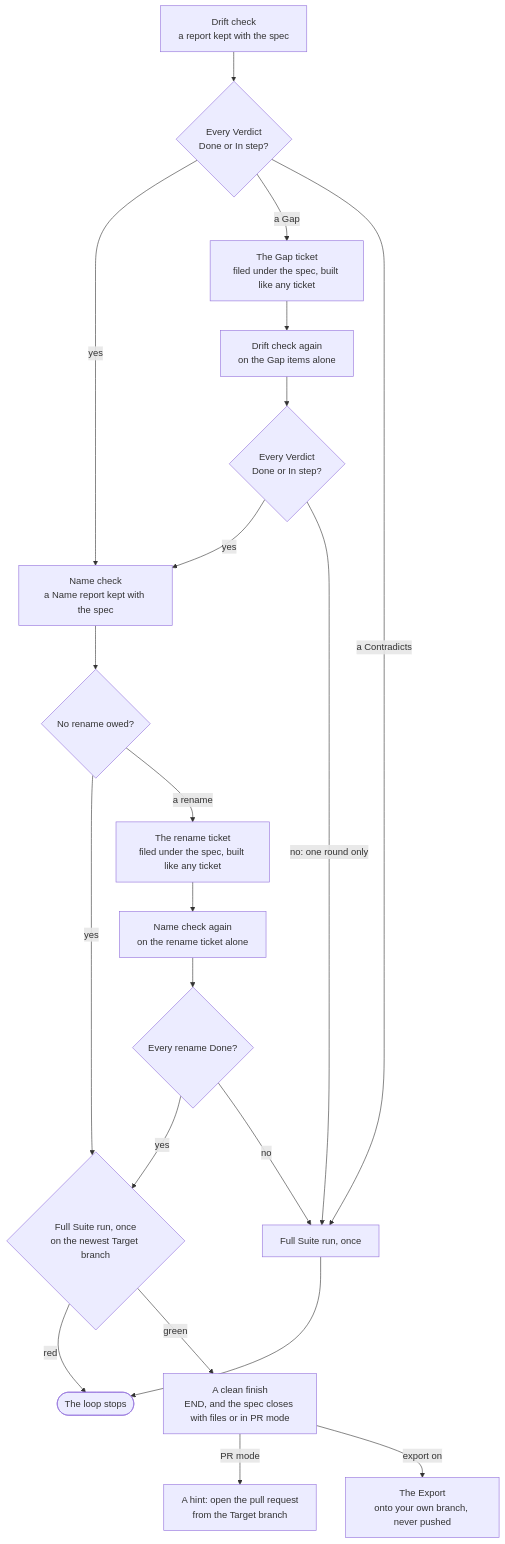
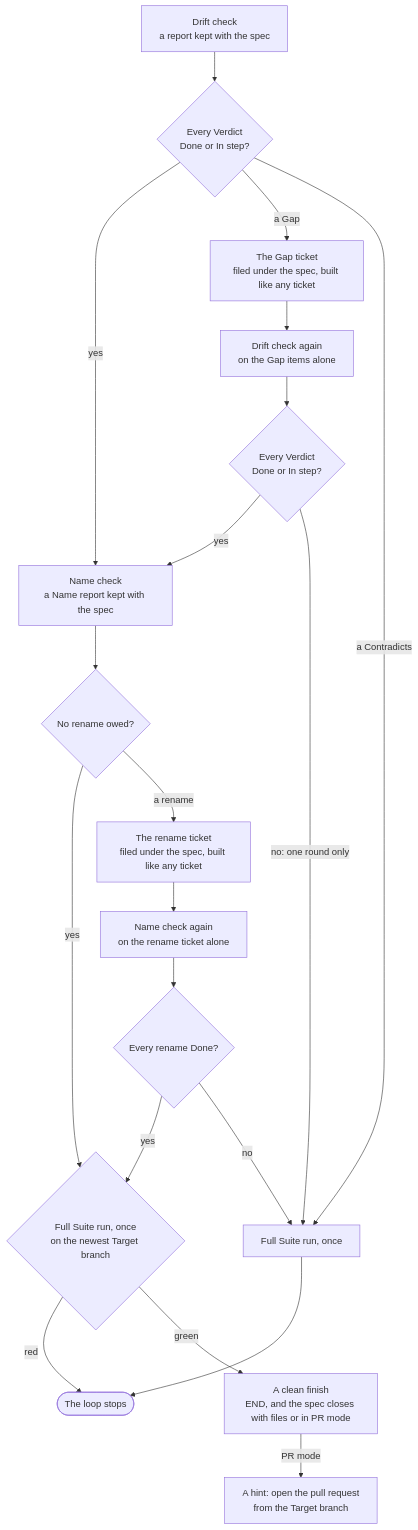
The diagram in docs/usage/the-loop/full-run.md (MalcolmMcNeely/skillworks), drawn with Mermaid before and after one commit. The commit also changed other lines of this file and 26 other files, not shown here.

````diff
--- a/docs/usage/the-loop/full-run.md
+++ b/docs/usage/the-loop/full-run.md
@@ -31,22 +31,21 @@
 ```mermaid
 flowchart TD
     drift["Drift check<br/>a report kept with the spec"] --> count{"Every Verdict<br/>Done or In step?"}
     count -- yes --> names["Name check<br/>a Name report kept with the spec"]
     count -- "a Gap" --> gaps["The Gap ticket<br/>filed under the spec, built like any ticket"]
     gaps --> recheck["Drift check again<br/>on the Gap items alone"]
     recheck --> recount{"Every Verdict<br/>Done or In step?"}
     recount -- yes --> names
     recount -- "no: one round only" --> last
     names --> renamed{"No rename owed?"}
     renamed -- yes --> full{"Full Suite run, once<br/>on the newest Target branch"}
     renamed -- "a rename" --> renames["The rename ticket<br/>filed under the spec, built like any ticket"]
     renames --> namerecheck["Name check again<br/>on the rename ticket alone"]
     namerecheck --> made{"Every rename Done?"}
     made -- yes --> full
     made -- no --> last
     count -- "a Contradicts" --> last["Full Suite run, once"] --> stop(["The loop stops"])
     full -- red --> stop
     full -- green --> clean["A clean finish<br/>END, and the spec closes with files or in PR mode"]
     clean -- "PR mode" --> hint["A hint: open the pull request<br/>from the Target branch"]
-    clean -- "export on" --> export["The Export<br/>onto your own branch, never pushed"]
 ```
````
